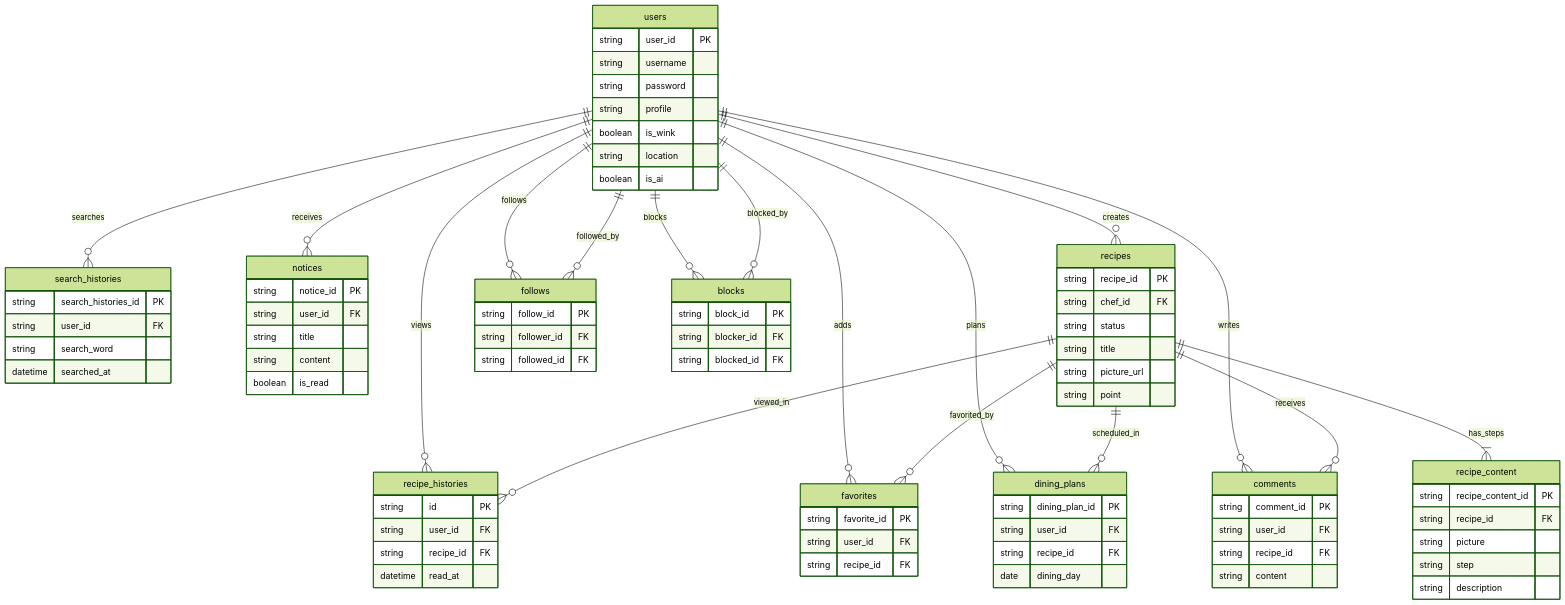
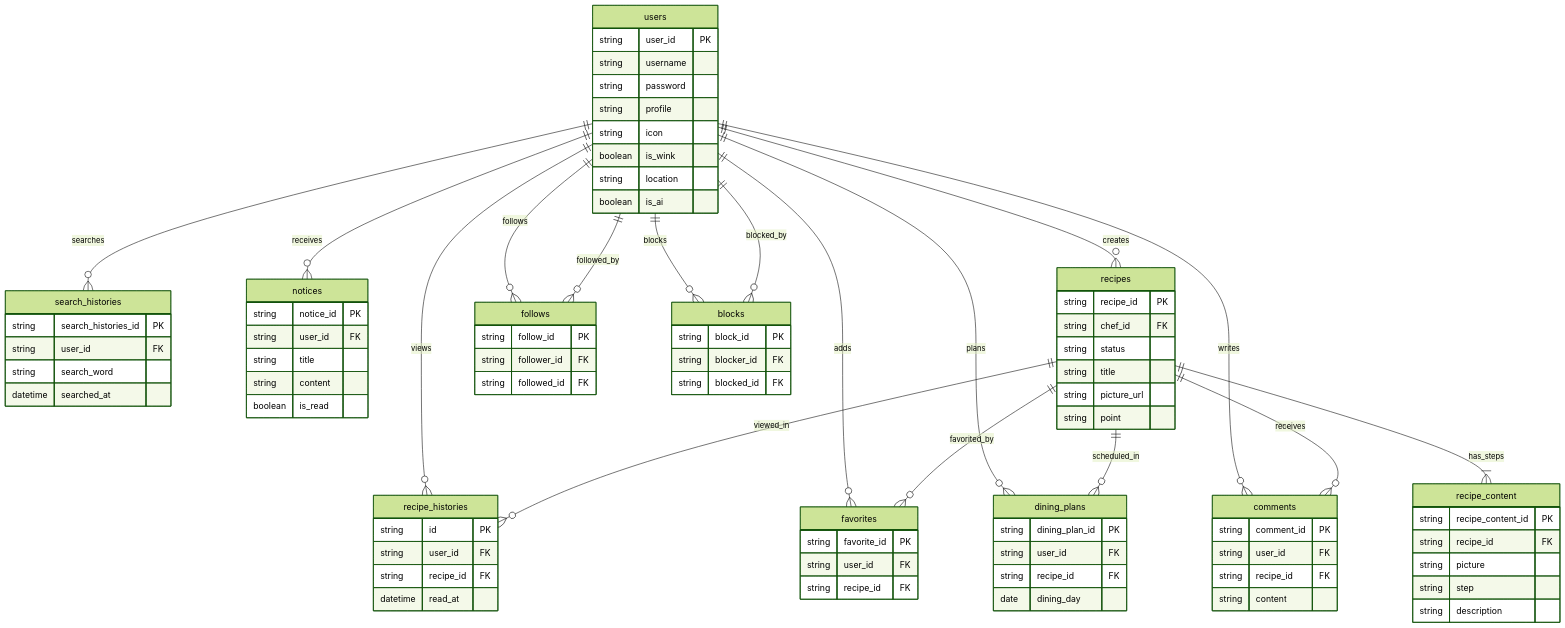
Before and after one commit to ko-tarou/JPHACKS2025: the diagram in docs/database.md, drawn with Mermaid (forest theme).

Commit message:
fix スペルミス修正

```diff
--- a/docs/database.md
+++ b/docs/database.md
@@ -7,6 +7,7 @@
     string username
     string password
     string profile
+    string icon
     boolean is_wink
     string location
     boolean is_ai
```
